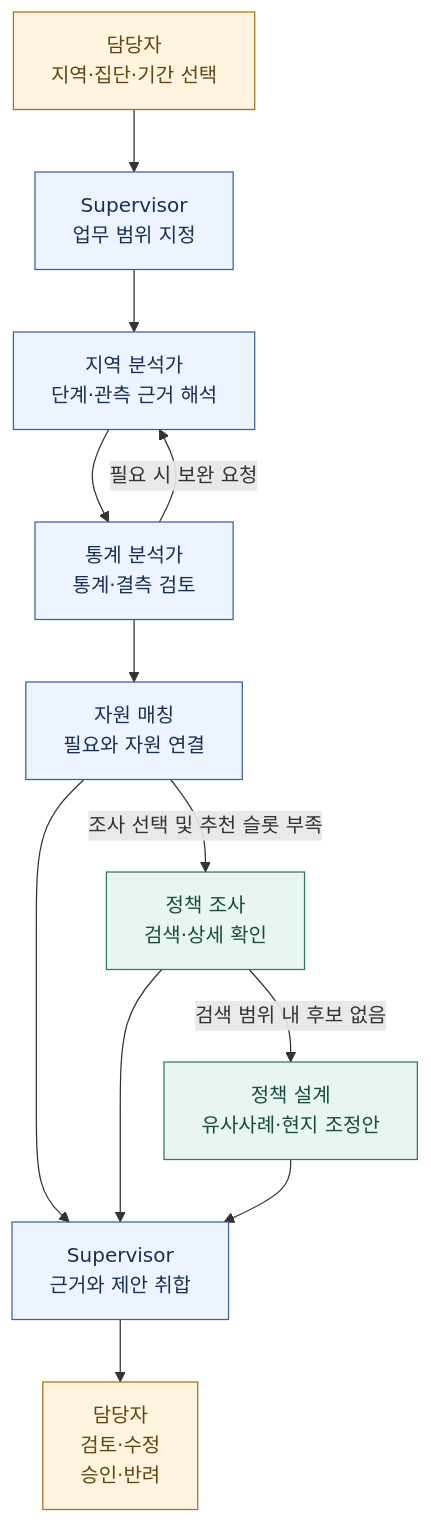
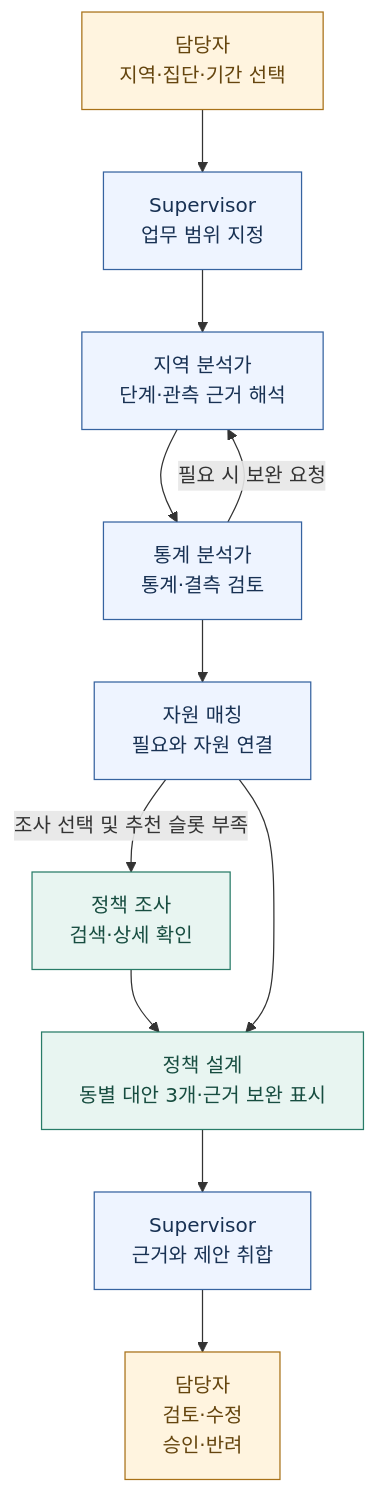
The diagram in README.md (space-jakdang/beyond-hello-mas), drawn with Mermaid before and after one commit. The commit also changed other lines of this file and 16 other files, not shown here.

Commit message:
feat: evaluate policy alternatives and validate real regional flow

````diff
--- a/README.md
+++ b/README.md
@@ -25,20 +25,19 @@
 ```mermaid
 flowchart TD
     U["담당자<br/>지역·집단·기간 선택"] --> S["Supervisor<br/>업무 범위 지정"]
     S --> A["지역 분석가<br/>단계·관측 근거 해석"]
     A --> T["통계 분석가<br/>통계·결측 검토"]
     T -->|필요 시 보완 요청| A
     T --> M["자원 매칭<br/>필요와 자원 연결"]
     M -->|조사 선택 및 추천 슬롯 부족| P["정책 조사<br/>검색·상세 확인"]
-    P -->|검색 범위 내 후보 없음| D["정책 설계<br/>유사사례·현지 조정안"]
-    M --> R["Supervisor<br/>근거와 제안 취합"]
-    P --> R
-    D --> R
+    P --> D["정책 설계<br/>동별 대안 3개·근거 보완 표시"]
+    M --> D
+    D --> R["Supervisor<br/>근거와 제안 취합"]
     R --> H["담당자<br/>검토·수정<br/>승인·반려"]
     classDef agent fill:#eef4ff,stroke:#3663a0,color:#183153
     classDef policy fill:#e8f5f1,stroke:#287c68,color:#174d40
     classDef human fill:#fff4df,stroke:#a87118,color:#65450e
     class S,A,T,M,R agent
     class P,D policy
     class U,H human
 ```
````
